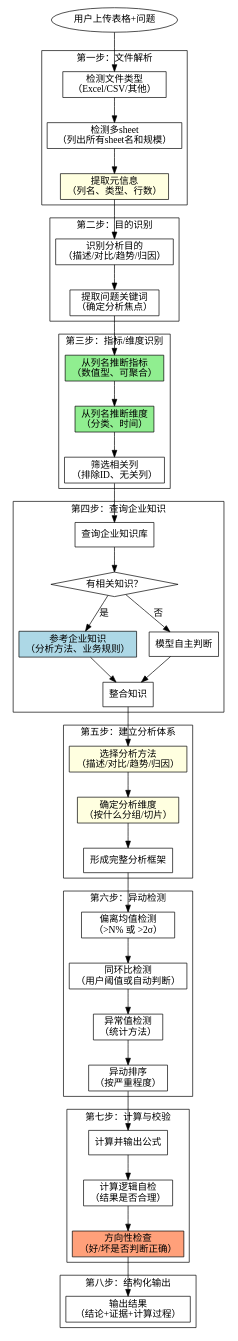
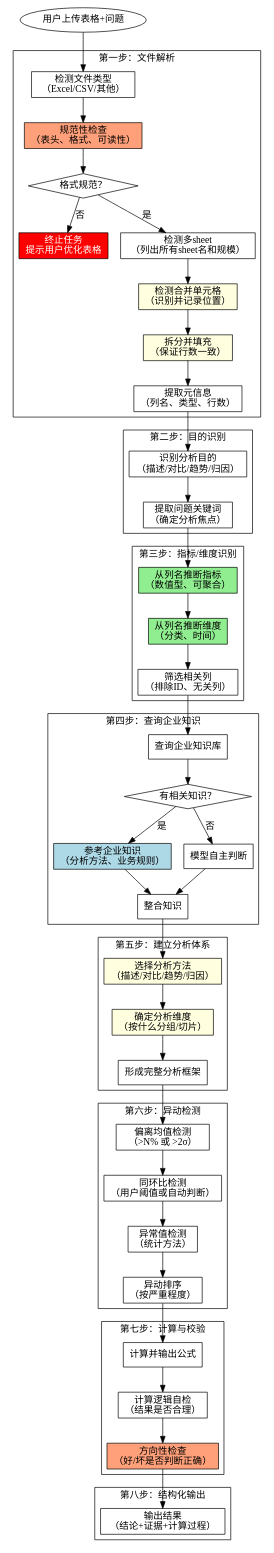
One commit to damonlinyz/skill_mp changed the diagram in table-data-analysis-pe-skill.md. Above: the diagram before and after it, drawn with Graphviz. The commit also changed other lines of this file, not shown here.

First line of the commit message:
Add format validation and merged cell handling (v0.3.1)

```diff
--- a/table-data-analysis-pe-skill.md
+++ b/table-data-analysis-pe-skill.md
@@ -47,8 +49,13 @@
     subgraph cluster_0 {
         label="第一步：文件解析";
         detect_type [label="检测文件类型\n（Excel/CSV/其他）" shape=box];
+        check_format [label="规范性检查\n（表头、格式、可读性）" shape=box style=filled fillcolor=lightsalmon];
+        format_ok [label="格式规范？" shape=diamond];
+        format_stop [label="终止任务\n提示用户优化表格" shape=box style=filled fillcolor=red fontcolor=white];
         detect_sheets [label="检测多sheet\n（列出所有sheet名和规模）" shape=box];
-        extract_meta [label="提取元信息\n（列名、类型、行数）" shape=box style=filled fillcolor=lightyellow];
+        detect_merged [label="检测合并单元格\n（识别并记录位置）" shape=box style=filled fillcolor=lightyellow];
+        unmerge_fill [label="拆分并填充\n（保证行数一致）" shape=box style=filled fillcolor=lightyellow];
+        extract_meta [label="提取元信息\n（列名、类型、行数）" shape=box];
     }
 
     subgraph cluster_1 {
@@ -101,8 +108,13 @@
     }
 
     start -> detect_type;
-    detect_type -> detect_sheets;
-    detect_sheets -> extract_meta;
+    detect_type -> check_format;
+    check_format -> format_ok;
+    format_ok -> format_stop [label="否"];
+    format_ok -> detect_sheets [label="是"];
+    detect_sheets -> detect_merged;
+    detect_merged -> unmerge_fill;
+    unmerge_fill -> extract_meta;
     extract_meta -> check_intent;
     check_intent -> extract_keywords;
     extract_keywords -> infer_metrics;
```
